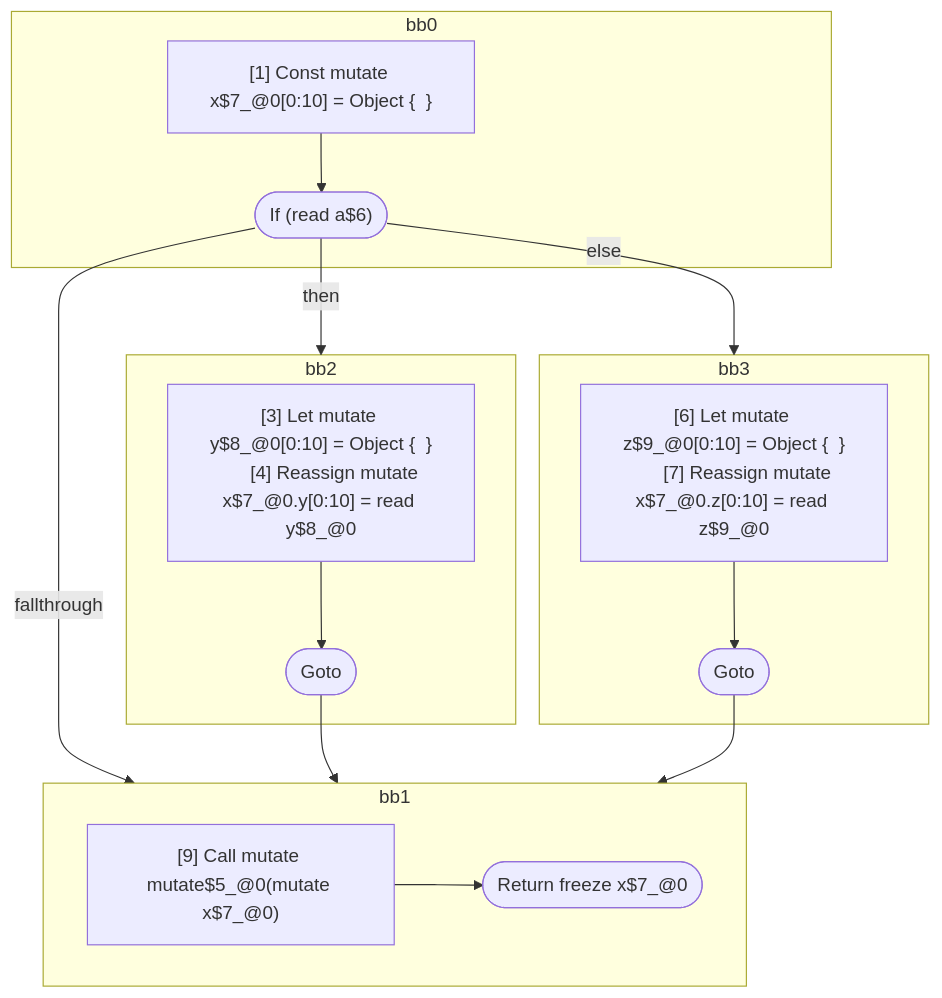
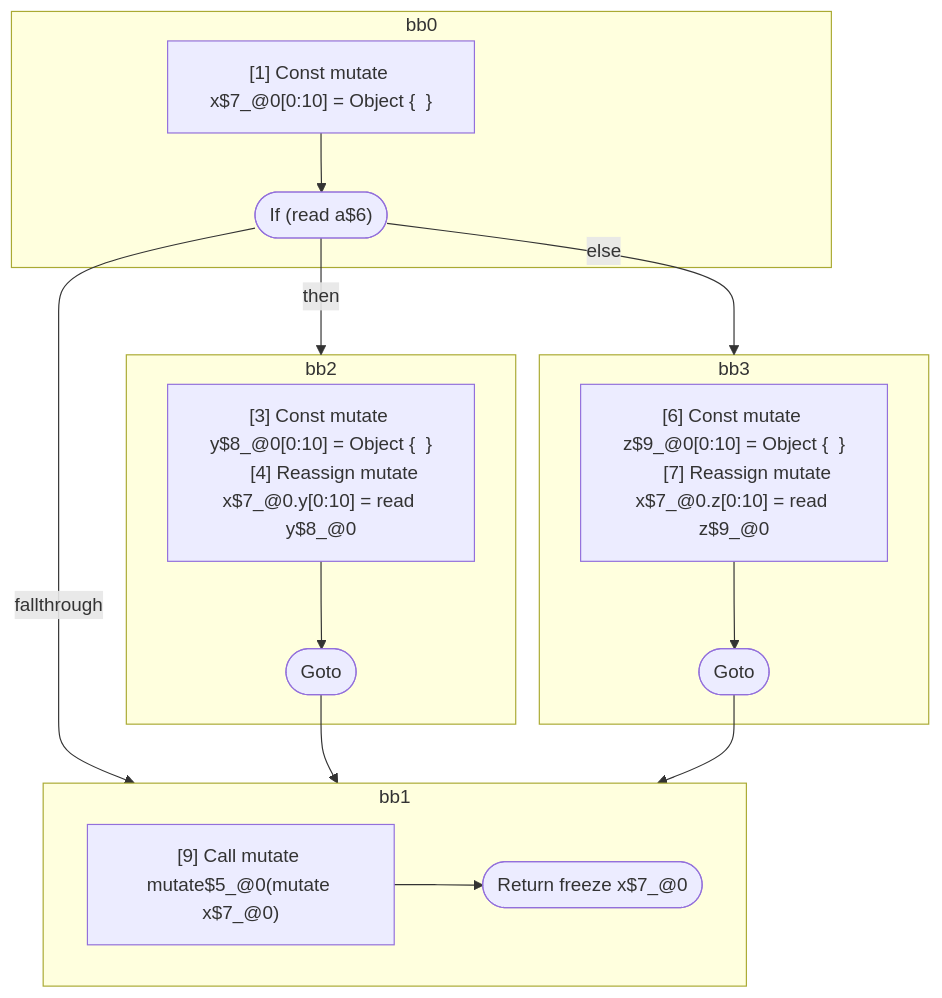
One commit to wutsmog/private changed the diagram in compiler/forget/src/__tests__/fixtures/hir/ssa-property-alias-mutate-if.expect.md. Above: the diagram before and after it, drawn with Mermaid. The commit also changed other lines of this file and 61 other files, not shown here.

````diff
--- a/compiler/forget/src/__tests__/fixtures/hir/ssa-property-alias-mutate-if.expect.md
+++ b/compiler/forget/src/__tests__/fixtures/hir/ssa-property-alias-mutate-if.expect.md
@@ -45,38 +45,38 @@
 ```mermaid
 flowchart TB
   %% Basic Blocks
   subgraph bb0
     bb0_instrs["
       [1] Const mutate x$7_@0[0:10] = Object {  }
     "]
     bb0_instrs --> bb0_terminal(["If (read a$6)"])
   end
   subgraph bb2
     bb2_instrs["
-      [3] Let mutate y$8_@0[0:10] = Object {  }
+      [3] Const mutate y$8_@0[0:10] = Object {  }
       [4] Reassign mutate x$7_@0.y[0:10] = read y$8_@0
     "]
     bb2_instrs --> bb2_terminal(["Goto"])
   end
   subgraph bb3
     bb3_instrs["
-      [6] Let mutate z$9_@0[0:10] = Object {  }
+      [6] Const mutate z$9_@0[0:10] = Object {  }
       [7] Reassign mutate x$7_@0.z[0:10] = read z$9_@0
     "]
     bb3_instrs --> bb3_terminal(["Goto"])
   end
   subgraph bb1
     bb1_instrs["
       [9] Call mutate mutate$5_@0(mutate x$7_@0)
     "]
     bb1_instrs --> bb1_terminal(["Return freeze x$7_@0"])
   end
 
   %% Jumps
   bb0_terminal -- "then" --> bb2
   bb0_terminal -- "else" --> bb3
   bb0_terminal -- "fallthrough" --> bb1
   bb2_terminal --> bb1
   bb3_terminal --> bb1
 
 ```
````
